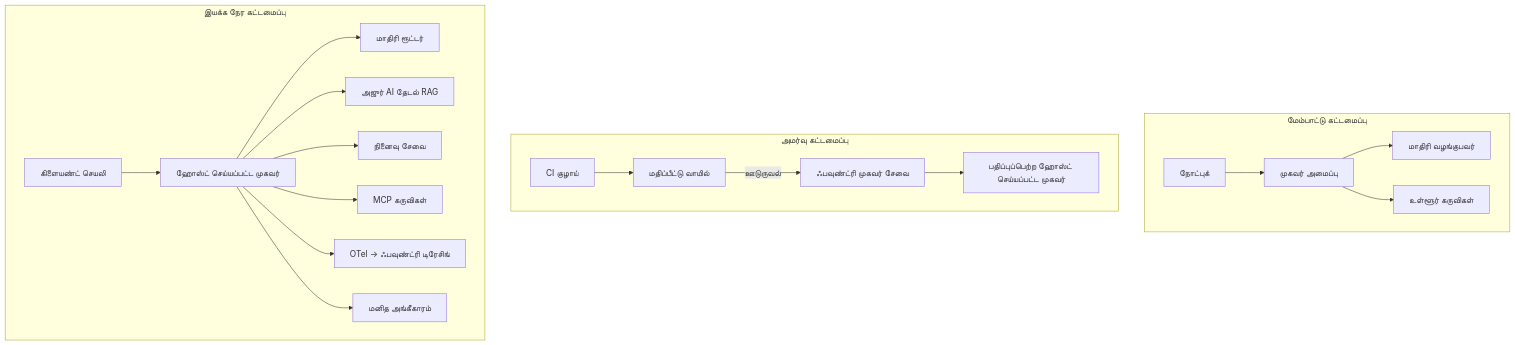
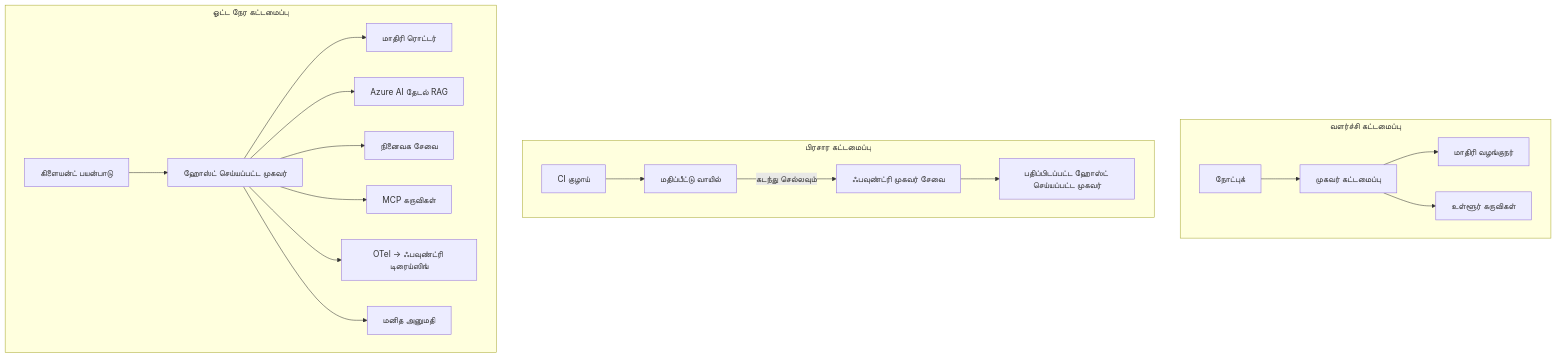
The fourth of 4 diagrams in mirrors/repos/microsoft@ai-agents-for-beginners/translations/ta/16-deploying-scalable-agents/README.md (gabrielmoreira/agent-skills-mirror), drawn with Mermaid before and after one commit. The commit also changed other lines of this file and 4262 other files, not shown here.

````diff
--- a/mirrors/repos/microsoft@ai-agents-for-beginners/translations/ta/16-deploying-scalable-agents/README.md
+++ b/mirrors/repos/microsoft@ai-agents-for-beginners/translations/ta/16-deploying-scalable-agents/README.md
@@ -185,22 +185,22 @@
 ```mermaid
 flowchart TB
-    subgraph Dev[மேம்பாட்டு கட்டமைப்பு]
-        D1[நோட்புக்] --> D2[முகவர் அமைப்பு]
-        D2 --> D3[மாதிரி வழங்குபவர்]
+    subgraph Dev[வளர்ச்சி கட்டமைப்பு]
+        D1[நோட்புக்] --> D2[முகவர் கட்டமைப்பு]
+        D2 --> D3[மாதிரி வழங்குநர்]
         D2 --> D4[உள்ளூர் கருவிகள்]
     end
-    subgraph Deploy[அமர்வு கட்டமைப்பு]
+    subgraph Deploy[பிரசார கட்டமைப்பு]
         E1[CI குழாய்] --> E2[மதிப்பீட்டு வாயில்]
-        E2 -->|ஊடுருவல்| E3[ஃபவுண்ட்ரி முகவர் சேவை]
-        E3 --> E4[பதிப்புப்பெற்ற ஹோஸ்ட் செய்யப்பட்ட முகவர்]
+        E2 -->|கடந்து செல்லவும்| E3[ஃபவுண்ட்ரி முகவர் சேவை]
+        E3 --> E4[பதிப்பிடப்பட்ட ஹோஸ்ட் செய்யப்பட்ட முகவர்]
     end
-    subgraph Run[இயக்க நேர கட்டமைப்பு]
-        F1[கிளையண்ட் செயலி] --> F2[ஹோஸ்ட் செய்யப்பட்ட முகவர்]
-        F2 --> F3[மாதிரி ரூட்டர்]
-        F2 --> F4[அஜுர் AI தேடல் RAG]
-        F2 --> F5[நினைவு சேவை]
+    subgraph Run[ஓட்ட நேர கட்டமைப்பு]
+        F1[கிளையன்ட் பயன்பாடு] --> F2[ஹோஸ்ட் செய்யப்பட்ட முகவர்]
+        F2 --> F3[மாதிரி ரொட்டர்]
+        F2 --> F4[Azure AI தேடல் RAG]
+        F2 --> F5[நினைவக சேவை]
         F2 --> F6[MCP கருவிகள்]
-        F2 --> F7[OTel -> ஃபவுண்ட்ரி டிரேசிங்]
-        F2 --> F8[மனித அங்கீகாரம்]
+        F2 --> F7[OTel -> ஃபவுண்ட்ரி டிரைய்ஸிங்]
+        F2 --> F8[மனித அனுமதி]
     end
 ```
````
